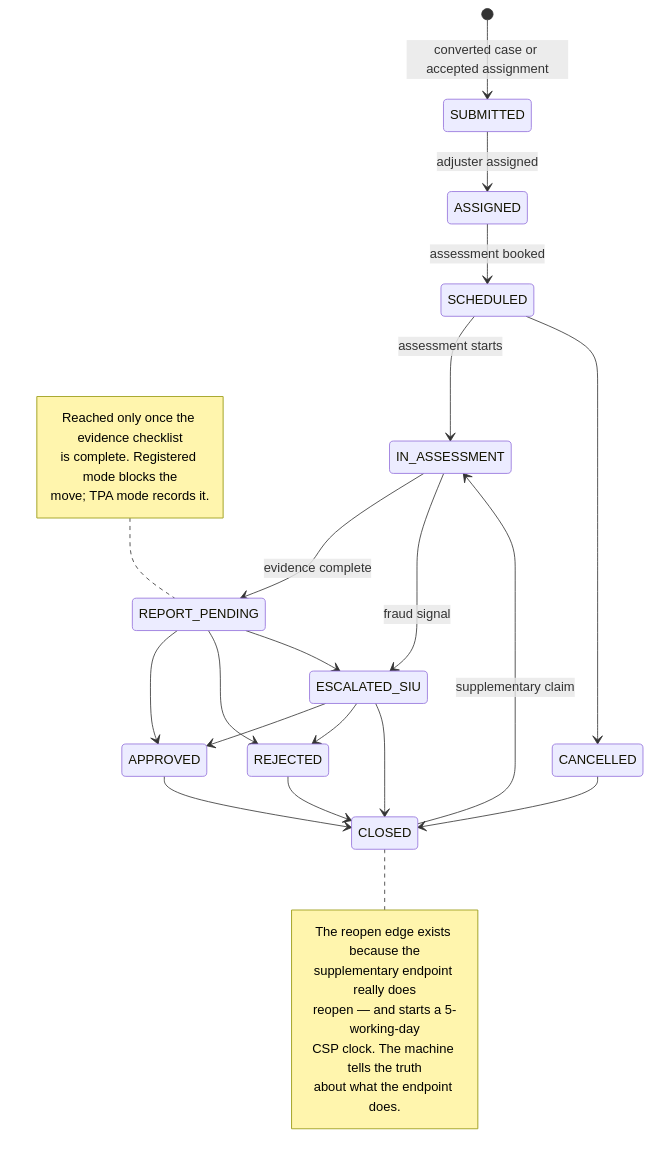
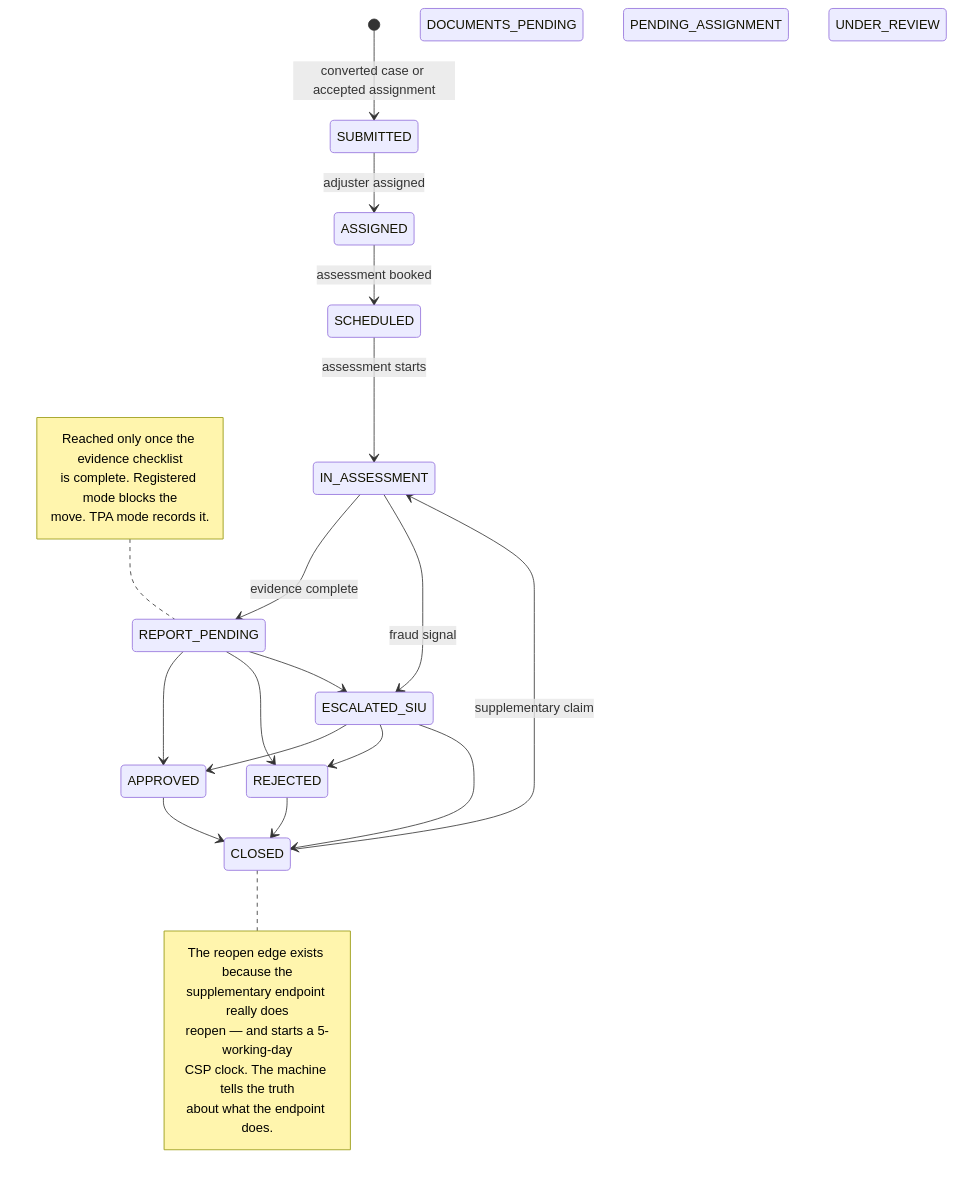
One commit to leobarcove/true-claim-insight changed the sixth of 11 diagrams in docs/USER_FLOWS.md. Above: the diagram before and after it, drawn with Mermaid. The commit also changed other lines of this file and 1 other file, not shown here.

First line of the commit message:
docs: correct four flow discrepancies against the codebase

````diff
--- a/docs/USER_FLOWS.md
+++ b/docs/USER_FLOWS.md
@@ -260,39 +271,41 @@
 ```mermaid
 stateDiagram-v2
     [*] --> SUBMITTED: converted case or accepted assignment
 
     SUBMITTED --> ASSIGNED: adjuster assigned
     ASSIGNED --> SCHEDULED: assessment booked
     SCHEDULED --> IN_ASSESSMENT: assessment starts
     IN_ASSESSMENT --> REPORT_PENDING: evidence complete
     REPORT_PENDING --> APPROVED
     REPORT_PENDING --> REJECTED
 
     IN_ASSESSMENT --> ESCALATED_SIU: fraud signal
     REPORT_PENDING --> ESCALATED_SIU
     ESCALATED_SIU --> APPROVED
     ESCALATED_SIU --> REJECTED
     ESCALATED_SIU --> CLOSED
 
-    SCHEDULED --> CANCELLED
-    CANCELLED --> CLOSED
 
     APPROVED --> CLOSED
     REJECTED --> CLOSED
 
     CLOSED --> IN_ASSESSMENT: supplementary claim
+
+    DOCUMENTS_PENDING
+    PENDING_ASSIGNMENT
+    UNDER_REVIEW
 
     note right of CLOSED
         The reopen edge exists because the
         supplementary endpoint really does
         reopen — and starts a 5-working-day
         CSP clock. The machine tells the truth
         about what the endpoint does.
     end note
 
     note left of REPORT_PENDING
         Reached only once the evidence checklist
         is complete. Registered mode blocks the
-        move; TPA mode records it.
+        move. TPA mode records it.
     end note
 ```
````
